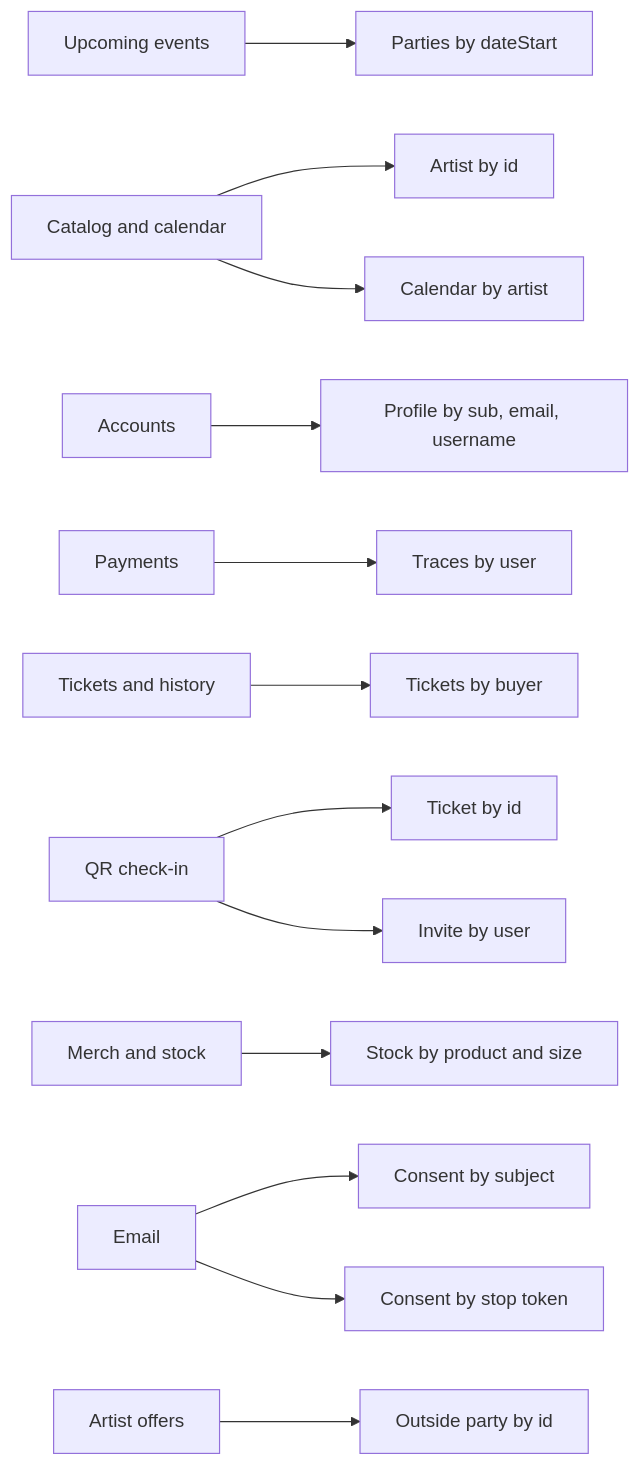
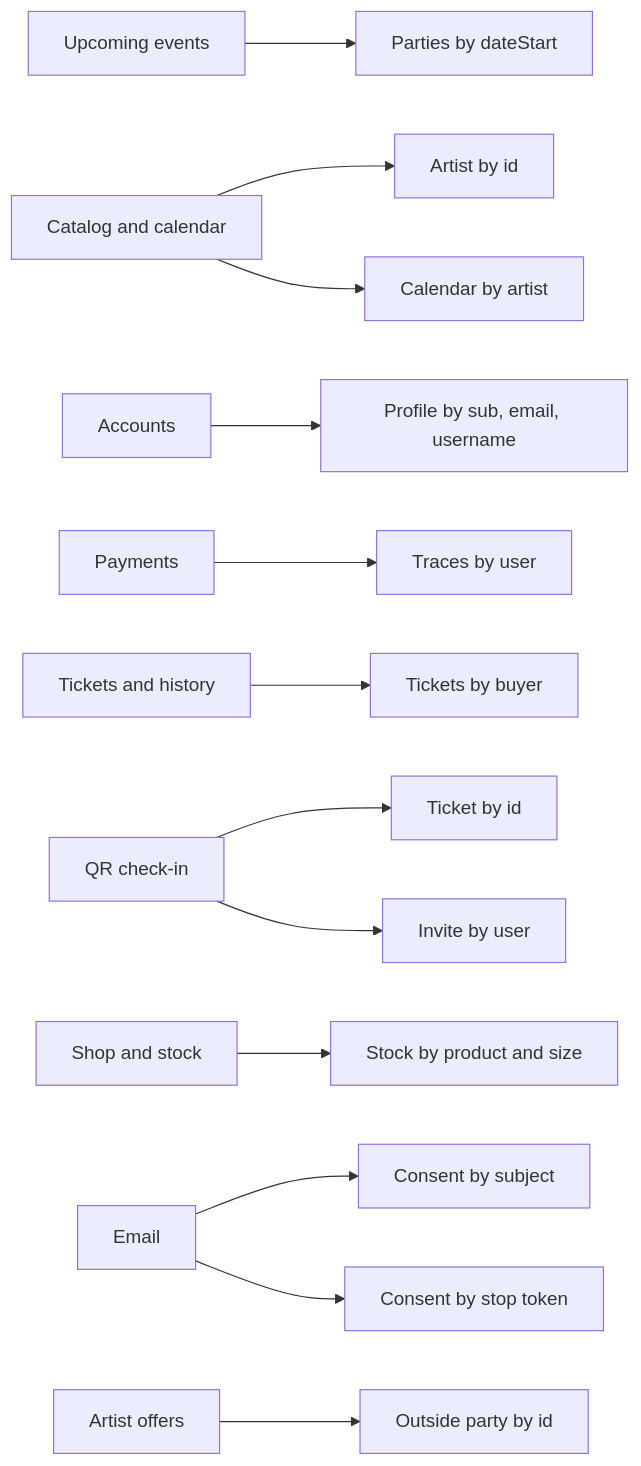
The diagram in docs/architecture/indexes.md (tropicalnomads/tropical-nomads-onepage), drawn with Mermaid before and after one commit. The commit also changed other lines of this file and 104 other files, not shown here.

````diff
--- a/docs/architecture/indexes.md
+++ b/docs/architecture/indexes.md
@@ -7,15 +7,15 @@
 ```mermaid
 flowchart LR
   upcoming[Upcoming events] --> partyDate[Parties by dateStart]
   catalog[Catalog and calendar] --> artistId[Artist by id]
   catalog --> calendarArtist[Calendar by artist]
   accounts[Accounts] --> profileKeys[Profile by sub, email, username]
   pay[Payments] --> traceUser[Traces by user]
   tickets[Tickets and history] --> ticketBuyer[Tickets by buyer]
   scan[QR check-in] --> ticketId[Ticket by id]
   scan --> inviteUser[Invite by user]
-  merch[Merch and stock] --> stockKey[Stock by product and size]
+  shop[Shop and stock] --> stockKey[Stock by product and size]
   mail[Email] --> consentKey[Consent by subject]
   mail --> stopKey[Consent by stop token]
   offers[Artist offers] --> outsideId[Outside party by id]
 ```
````
